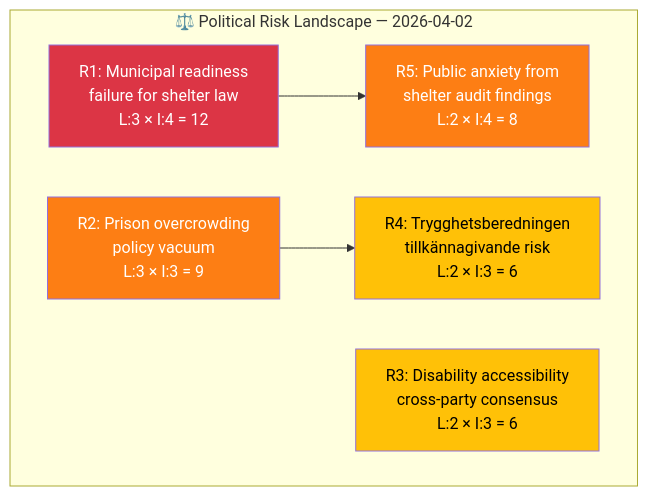
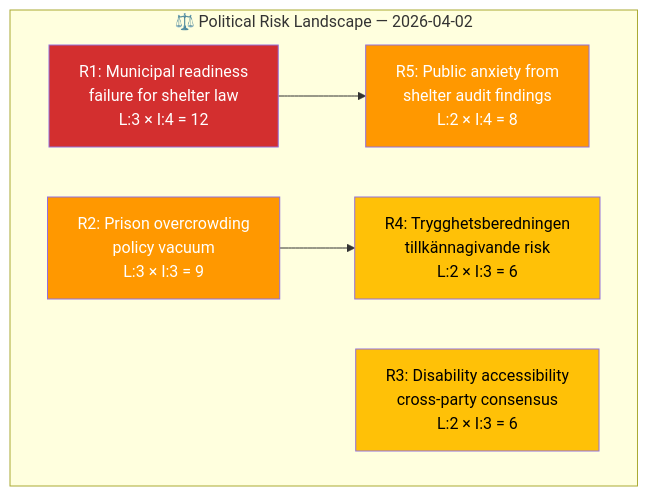
Before and after one commit to Hack23/riksdagsmonitor: the first of 2 diagrams in analysis/daily/2026-04-03/committeeReports/risk-assessment.md, drawn with Mermaid. The commit also changed other lines of this file and 785 other files, not shown here.

First line of the commit message:
Normalize mermaid colors across 786 analysis artifacts to ISMS Style Guide palette

````diff
--- a/analysis/daily/2026-04-03/committeeReports/risk-assessment.md
+++ b/analysis/daily/2026-04-03/committeeReports/risk-assessment.md
@@ -21,19 +21,19 @@
 ```mermaid
 graph TD
     subgraph "⚖️ Political Risk Landscape — 2026-04-02"
         R1["R1: Municipal readiness<br/>failure for shelter law<br/>L:3 × I:4 = 12"]
         R2["R2: Prison overcrowding<br/>policy vacuum<br/>L:3 × I:3 = 9"]
         R3["R3: Disability accessibility<br/>cross-party consensus<br/>L:2 × I:3 = 6"]
         R4["R4: Trygghetsberedningen<br/>tillkännagivande risk<br/>L:2 × I:3 = 6"]
         R5["R5: Public anxiety from<br/>shelter audit findings<br/>L:2 × I:4 = 8"]
     end
 
     R1 --> R5
     R2 --> R4
 
-    style R1 fill:#dc3545,color:#fff
-    style R2 fill:#fd7e14,color:#fff
-    style R3 fill:#ffc107,color:#000
-    style R4 fill:#ffc107,color:#000
-    style R5 fill:#fd7e14,color:#fff
+    style R1 fill:#D32F2F,color:#FFFFFF
+    style R2 fill:#FF9800,color:#FFFFFF
+    style R3 fill:#FFC107,color:#000000
+    style R4 fill:#FFC107,color:#000000
+    style R5 fill:#FF9800,color:#FFFFFF
 ```
````
